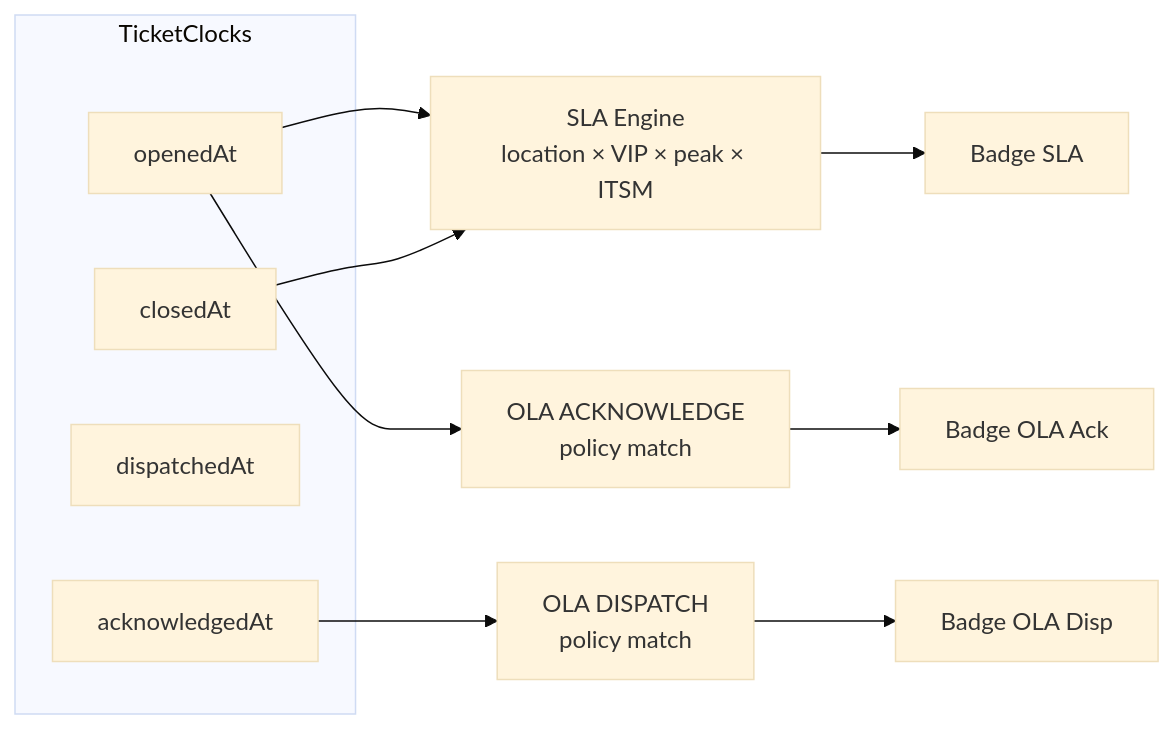
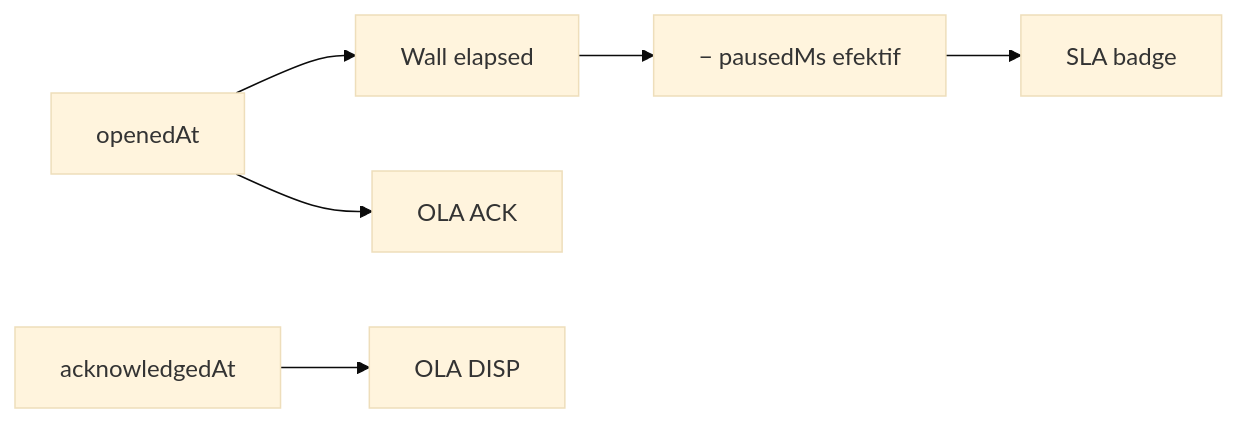
The third of 3 diagrams in docs/ERD.md (bionte4/edcmanager), drawn with Mermaid (base theme) before and after one commit. The commit also changed other lines of this file and 3 other files, not shown here.

Commit message:
Update docs for ops roadmap A–E (clock-stop, LO, monitoring, PM/peak, dispatch).

````diff
--- a/docs/ERD.md
+++ b/docs/ERD.md
@@ -284,18 +226,8 @@
 ```mermaid
 flowchart LR
-  subgraph TicketClocks
-    O[openedAt]
-    A[acknowledgedAt]
-    D[dispatchedAt]
-    C[closedAt]
-  end
-
-  O --> SLA["SLA Engine<br/>location × VIP × peak × ITSM"]
-  O --> OLA_ACK["OLA ACKNOWLEDGE<br/>policy match"]
-  A --> OLA_DISP["OLA DISPATCH<br/>policy match"]
-  C --> SLA
-
-  SLA --> BadgeS["Badge SLA"]
-  OLA_ACK --> BadgeA["Badge OLA Ack"]
-  OLA_DISP --> BadgeD["Badge OLA Disp"]
+  O[openedAt] --> Wall[Wall elapsed]
+  Wall --> Pause[− pausedMs efektif]
+  Pause --> SLA[SLA badge]
+  O --> OLA1[OLA ACK]
+  A[acknowledgedAt] --> OLA2[OLA DISP]
 ```
````
